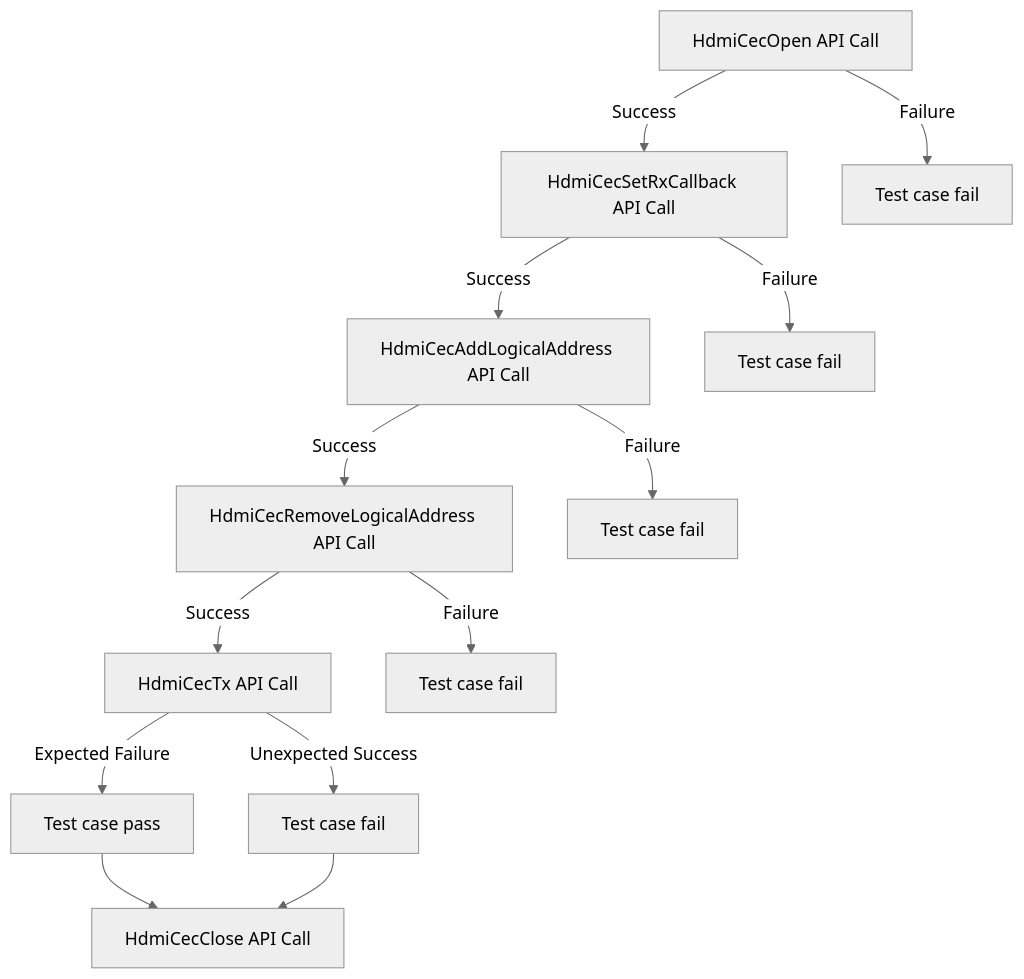
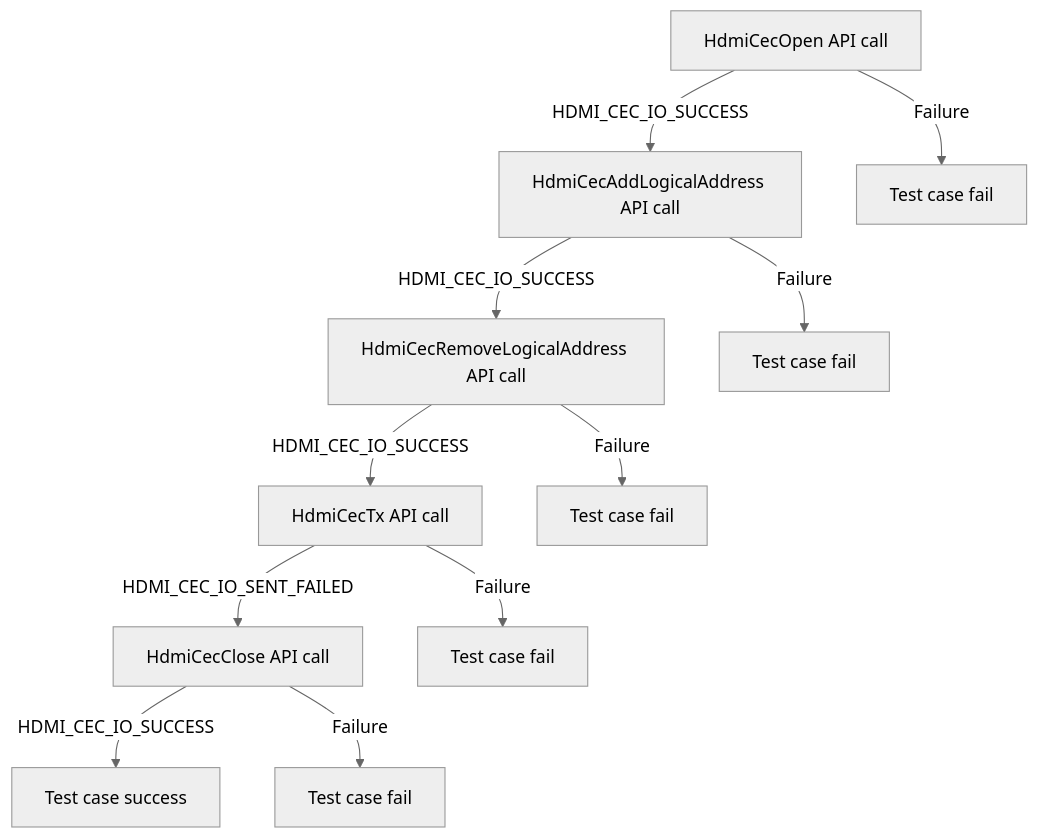
One commit to rdkcentral/rdk-halif-test-hdmi_cec changed the fourth of 6 diagrams in docs/pages/l2_hdmi_cec_driver_test_specification.md. Above: the diagram before and after it, drawn with Mermaid (neutral theme). The commit also changed other lines of this file and 5 other files, not shown here.

Commit message:
Develop HDMI CEC L2 test suite Modified test suite based on new MD file

````diff
--- a/docs/pages/l2_hdmi_cec_driver_test_specification.md
+++ b/docs/pages/l2_hdmi_cec_driver_test_specification.md
@@ -160,16 +213,13 @@
 ```mermaid
-graph TD
-  A[HdmiCecOpen API Call]
-  A -->|Success| B[HdmiCecSetRxCallback API Call]
-  A -->|Failure| A1[Test case fail]
-  B -->|Success| C[HdmiCecAddLogicalAddress API Call]
-  B -->|Failure| B1[Test case fail]
-  C -->|Success| D[HdmiCecRemoveLogicalAddress API Call]
-  C -->|Failure| C1[Test case fail]
-  D -->|Success| E[HdmiCecTx API Call]
-  D -->|Failure| D1[Test case fail]
-  E -->|Expected Failure| G[Test case pass] 
-  E -->|Unexpected Success| E1[Test case fail]
-  G --> H[HdmiCecClose API Call]
-  E1 --> H 
+graph TB
+A[HdmiCecOpen API call] -->|HDMI_CEC_IO_SUCCESS| B[HdmiCecAddLogicalAddress API call]
+A -->|Failure| A1[Test case fail]
+B -->|HDMI_CEC_IO_SUCCESS| C[HdmiCecRemoveLogicalAddress API call]
+B -->|Failure| B1[Test case fail]
+C -->|HDMI_CEC_IO_SUCCESS| D[HdmiCecTx API call]
+C -->|Failure| C1[Test case fail]
+D -->|HDMI_CEC_IO_SENT_FAILED| E[HdmiCecClose API call]
+D -->|Failure| D1[Test case fail]
+E -->|HDMI_CEC_IO_SUCCESS| F[Test case success]
+E -->|Failure| E1[Test case fail]
 ```
````
